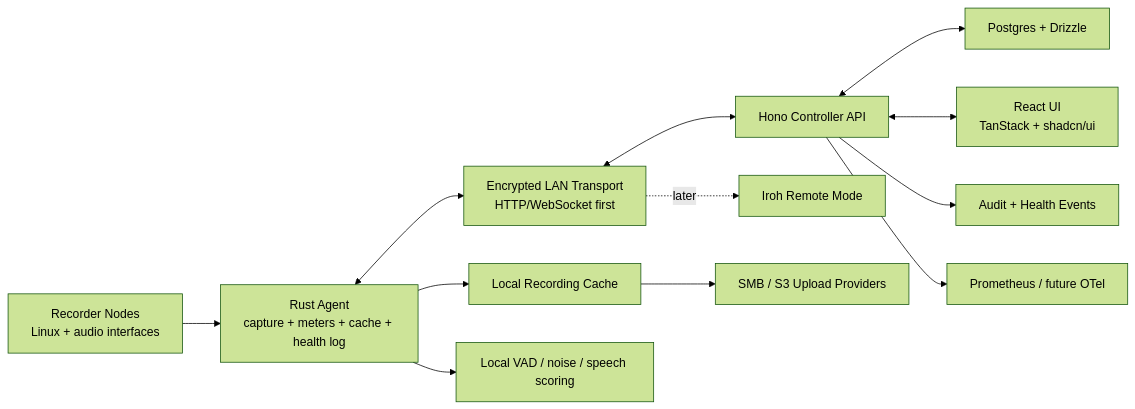
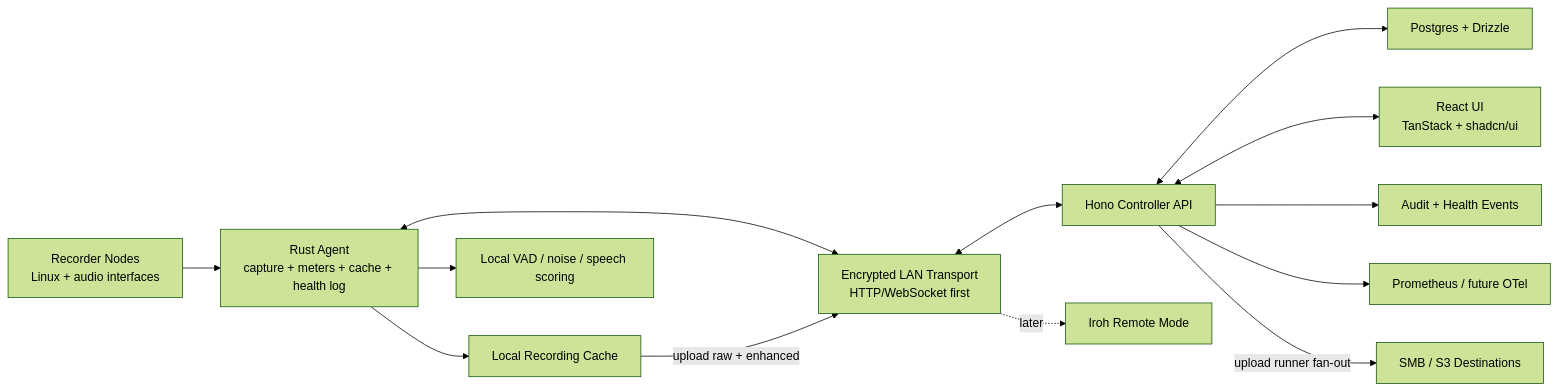
Before and after one commit to yashau/Rakkr: the diagram in docs/RAKKR_SOURCE_OF_TRUTH.md, drawn with Mermaid (forest theme). The commit also changed other lines of this file and 12 other files, not shown here.

First line of the commit message:
Align docs with current upload + enhancement architecture

````diff
--- a/docs/RAKKR_SOURCE_OF_TRUTH.md
+++ b/docs/RAKKR_SOURCE_OF_TRUTH.md
@@ -93,14 +96,15 @@
 ```mermaid
 flowchart LR
   Nodes["Recorder Nodes\nLinux + audio interfaces"] --> Agent["Rust Agent\ncapture + meters + cache + health log"]
   Agent <--> Transport["Encrypted LAN Transport\nHTTP/WebSocket first"]
   Transport <--> API["Hono Controller API"]
   API <--> DB["Postgres + Drizzle"]
   API <--> UI["React UI\nTanStack + shadcn/ui"]
   Agent --> Cache["Local Recording Cache"]
+  Cache -->|"upload raw + enhanced"| Transport
   API --> Events["Audit + Health Events"]
   API --> Metrics["Prometheus / future OTel"]
-  Cache --> Storage["SMB / S3 Upload Providers"]
+  API -->|"upload runner fan-out"| Storage["SMB / S3 Destinations"]
   Agent --> Quality["Local VAD / noise / speech scoring"]
   Transport -. later .-> Iroh["Iroh Remote Mode"]
 ```
````
